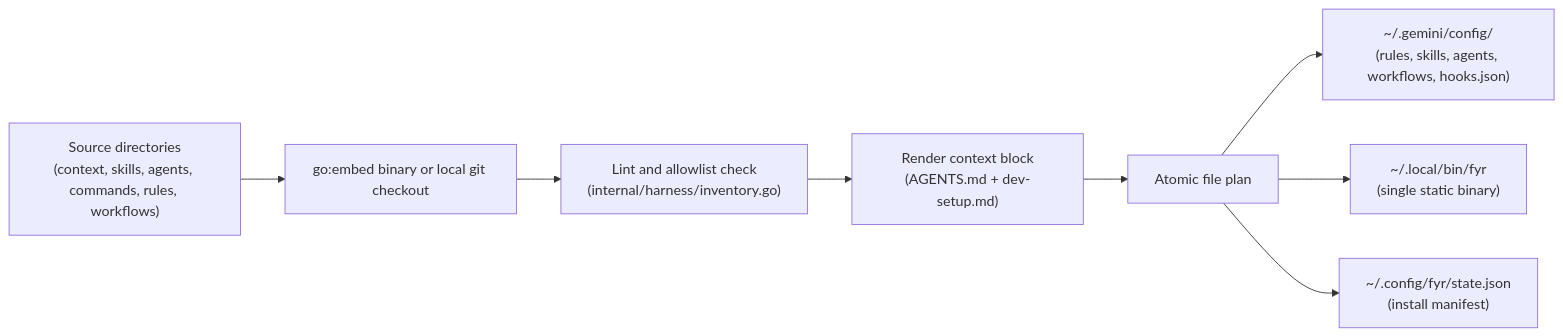
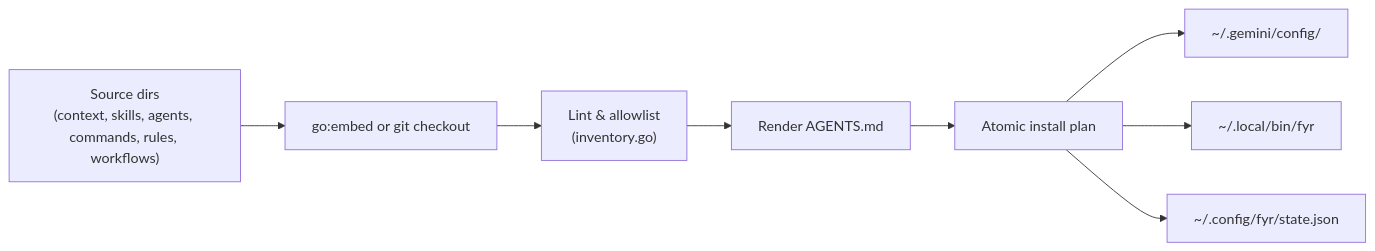
One commit to kesokaj/fyr changed the diagram in features/delivery-and-customization.md. Above: the diagram before and after it, drawn with Mermaid. The commit also changed other lines of this file and 3 other files, not shown here.

````diff
--- a/features/delivery-and-customization.md
+++ b/features/delivery-and-customization.md
@@ -9,10 +9,10 @@
 ```mermaid
 flowchart LR
-    srcDir["Source directories\n(context, skills, agents, commands, rules, workflows)"] --> embedSrc["go:embed binary or local git checkout"]
-    embedSrc --> lintStep["Lint and allowlist check\n(internal/harness/inventory.go)"]
-    lintStep --> renderStep["Render context block\n(AGENTS.md + dev-setup.md)"]
-    renderStep --> atomicDeploy["Atomic file plan"]
-    atomicDeploy --> geminiCfg["~/.gemini/config/\n(rules, skills, agents, workflows, hooks.json)"]
-    atomicDeploy --> binInstall["~/.local/bin/fyr\n(single static binary)"]
-    atomicDeploy --> manifestFile["~/.config/fyr/state.json\n(install manifest)"]
+    srcDir["Source dirs\n(context, skills, agents, commands, rules, workflows)"] --> embedSrc["go:embed or git checkout"]
+    embedSrc --> lintStep["Lint & allowlist\n(inventory.go)"]
+    lintStep --> renderStep["Render AGENTS.md"]
+    renderStep --> atomicDeploy["Atomic install plan"]
+    atomicDeploy --> geminiCfg["~/.gemini/config/"]
+    atomicDeploy --> binInstall["~/.local/bin/fyr"]
+    atomicDeploy --> manifestFile["~/.config/fyr/state.json"]
 ```
````
